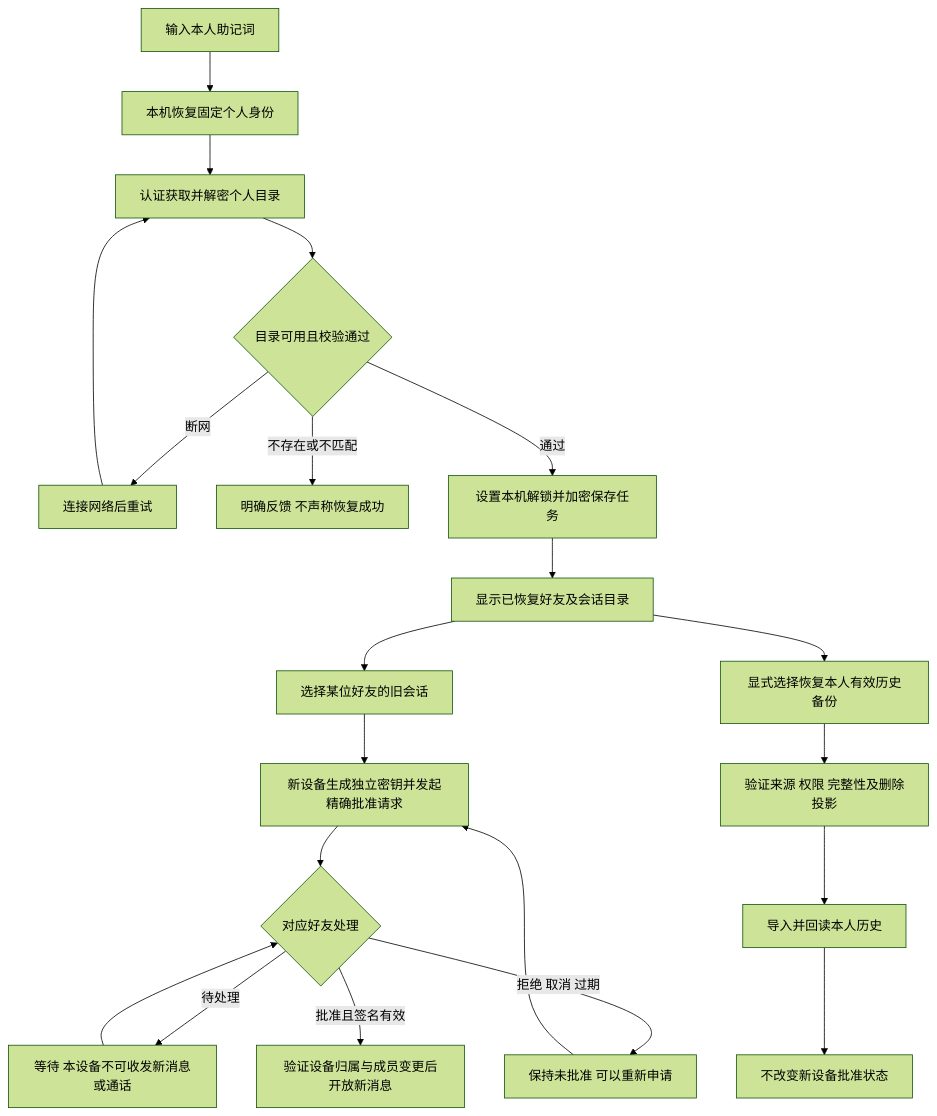
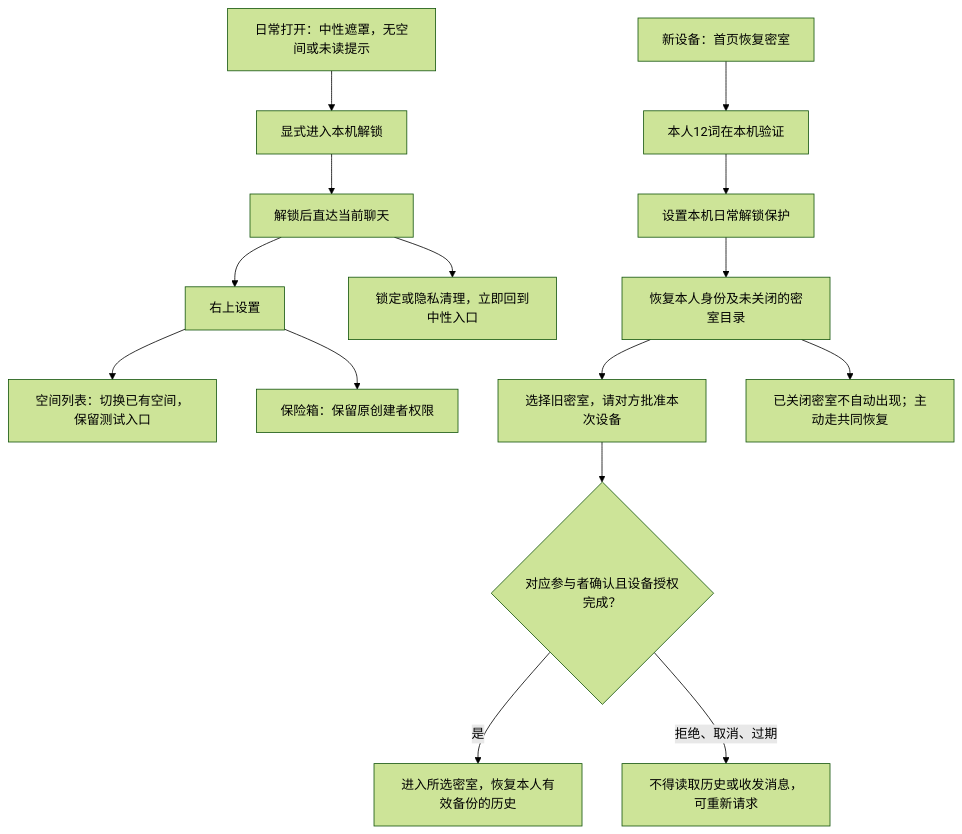
The second of 4 diagrams in docs/requirements/2026-10-16-personal-mnemonic-friends/flow.md (zdaiwmm/shui-IM), drawn with Mermaid (forest theme) before and after one commit. The commit also changed other lines of this file and 3 other files, not shown here.

Commit message:
docs: revise personal mnemonic room prototype to invitation flow

````diff
--- a/docs/requirements/2026-10-16-personal-mnemonic-friends/flow.md
+++ b/docs/requirements/2026-10-16-personal-mnemonic-friends/flow.md
@@ -32,23 +39,17 @@
-~~~mermaid
+```mermaid
 flowchart TD
- A[输入本人助记词] --> B[本机恢复固定个人身份]
- B --> C[认证获取并解密个人目录]
- C --> D{目录可用且校验通过}
- D -->|断网| E[连接网络后重试]
- E --> C
- D -->|不存在或不匹配| F[明确反馈 不声称恢复成功]
- D -->|通过| G[设置本机解锁并加密保存任务]
- G --> H[显示已恢复好友及会话目录]
- H --> I[选择某位好友的旧会话]
- I --> J[新设备生成独立密钥并发起精确批准请求]
- J --> K{对应好友处理}
- K -->|待处理| L[等待 本设备不可收发新消息或通话]
- L --> K
- K -->|拒绝 取消 过期| M[保持未批准 可以重新申请]
- M --> J
- K -->|批准且签名有效| N[验证设备归属与成员变更后开放新消息]
- H --> O[显式选择恢复本人有效历史备份]
- O --> P[验证来源 权限 完整性及删除投影]
- P --> Q[导入并回读本人历史]
- Q --> R[不改变新设备批准状态]
-~~~
+  E[日常打开：中性遮罩，无空间或未读提示] --> U[显式进入本机解锁]
+  U --> M[解锁后直达当前聊天]
+  M --> S[右上设置]
+  S --> LIST[空间列表：切换已有空间，保留测试入口]
+  S --> SAFE[保险箱：保留原创建者权限]
+  M --> LOCK[锁定或隐私清理，立即回到中性入口]
+  N[新设备：首页恢复密室] --> WORDS[本人12词在本机验证]
+  WORDS --> PROTECT[设置本机日常解锁保护]
+  PROTECT --> DIR[恢复本人身份及未关闭的密室目录]
+  DIR --> REQ[选择旧密室，请对方批准本次设备]
+  REQ --> OK{对应参与者确认且设备授权完成？}
+  OK -->|是| HISTORY[进入所选密室，恢复本人有效备份的历史]
+  OK -->|拒绝、取消、过期| NO[不得读取历史或收发消息，可重新请求]
+  DIR --> CLOSED[已关闭密室不自动出现；主动走共同恢复]
+```
````
